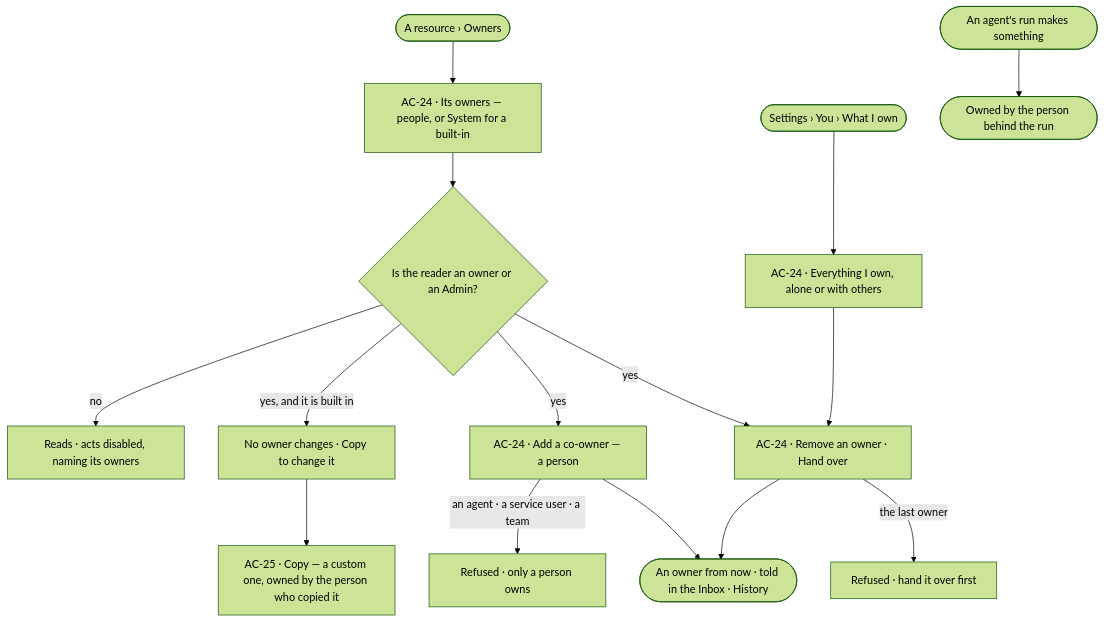
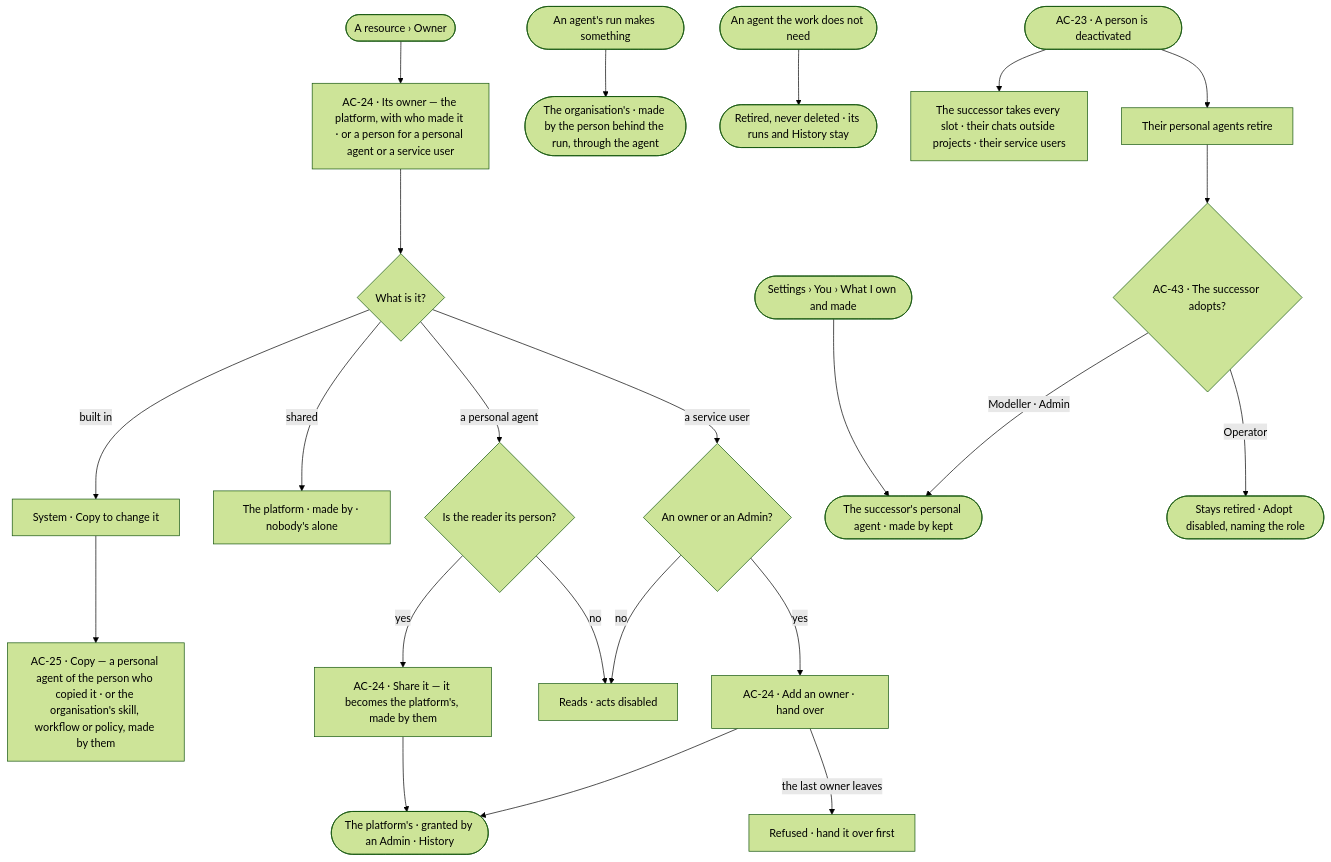
One commit to invana/invana changed the diagram in specs/os/access/features/AC-F07-ownership/feature.md. Above: the diagram before and after it, drawn with Mermaid (forest theme). The commit also changed other lines of this file and 300 other files, not shown here.

First line of the commit message:
feat(specs-work-and-access): P02–P07 · Moves through the Sweep

````diff
--- a/specs/os/access/features/AC-F07-ownership/feature.md
+++ b/specs/os/access/features/AC-F07-ownership/feature.md
@@ -25,17 +28,25 @@
 ```mermaid
 flowchart TD
-  start([A resource › Owners]) --> list["AC-24 · Its owners — people, or System for a built-in"]
-  list --> who{"Is the reader an owner or an Admin?"}
-  who -->|no| ro["Reads · acts disabled, naming its owners"]
-  who -->|yes, and it is built in| bi["No owner changes · Copy to change it"]
-  bi --> copy["AC-25 · Copy — a custom one, owned by the person who copied it"]
-  who -->|yes| add["AC-24 · Add a co-owner — a person"]
-  add -->|an agent · a service user · a team| notp["Refused · only a person owns"]
-  add --> ok(["An owner from now · told in the Inbox · History"])
-  who -->|yes| rm["AC-24 · Remove an owner · Hand over"]
-  rm -->|the last owner| last["Refused · hand it over first"]
-  rm --> ok
-  me([Settings › You › What I own]) --> mine["AC-24 · Everything I own, alone or with others"]
-  mine --> rm
-  run([An agent's run makes something]) --> behind(["Owned by the person behind the run"])
+  start([A resource › Owner]) --> list["AC-24 · Its owner — the platform, with who made it · or a person for a personal agent or a service user"]
+  list --> kind{"What is it?"}
+  kind -->|built in| bi["System · Copy to change it"]
+  bi --> copy["AC-25 · Copy — a personal agent of the person who copied it · or the organisation's skill, workflow or policy, made by them"]
+  kind -->|shared| sh["The platform · made by · nobody's alone"]
+  kind -->|a personal agent| pa{"Is the reader its person?"}
+  pa -->|yes| share["AC-24 · Share it — it becomes the platform's, made by them"]
+  pa -->|no| ro["Reads · acts disabled"]
+  kind -->|a service user| su{"An owner or an Admin?"}
+  su -->|yes| ho["AC-24 · Add an owner · hand over"]
+  su -->|no| ro
+  ho -->|the last owner leaves| last["Refused · hand it over first"]
+  share --> ok(["The platform's · granted by an Admin · History"])
+  ho --> ok
+  me([Settings › You › What I own and made]) --> mine["AC-24 · My personal agents · service users I own · what I made · the slots I sit in"]
+  run([An agent's run makes something]) --> org(["The organisation's · made by the person behind the run, through the agent"])
+  agent([An agent the work does not need]) --> ret(["Retired, never deleted · its runs and History stay"])
+  leave([AC-23 · A person is deactivated]) --> succ["The successor takes every slot · their chats outside projects · their service users"]
+  leave --> pr["Their personal agents retire"]
+  pr --> adopt{"AC-43 · The successor adopts?"}
+  adopt -->|Modeller · Admin| mine(["The successor's personal agent · made by kept"])
+  adopt -->|Operator| stay(["Stays retired · Adopt disabled, naming the role"])
 ```
````
